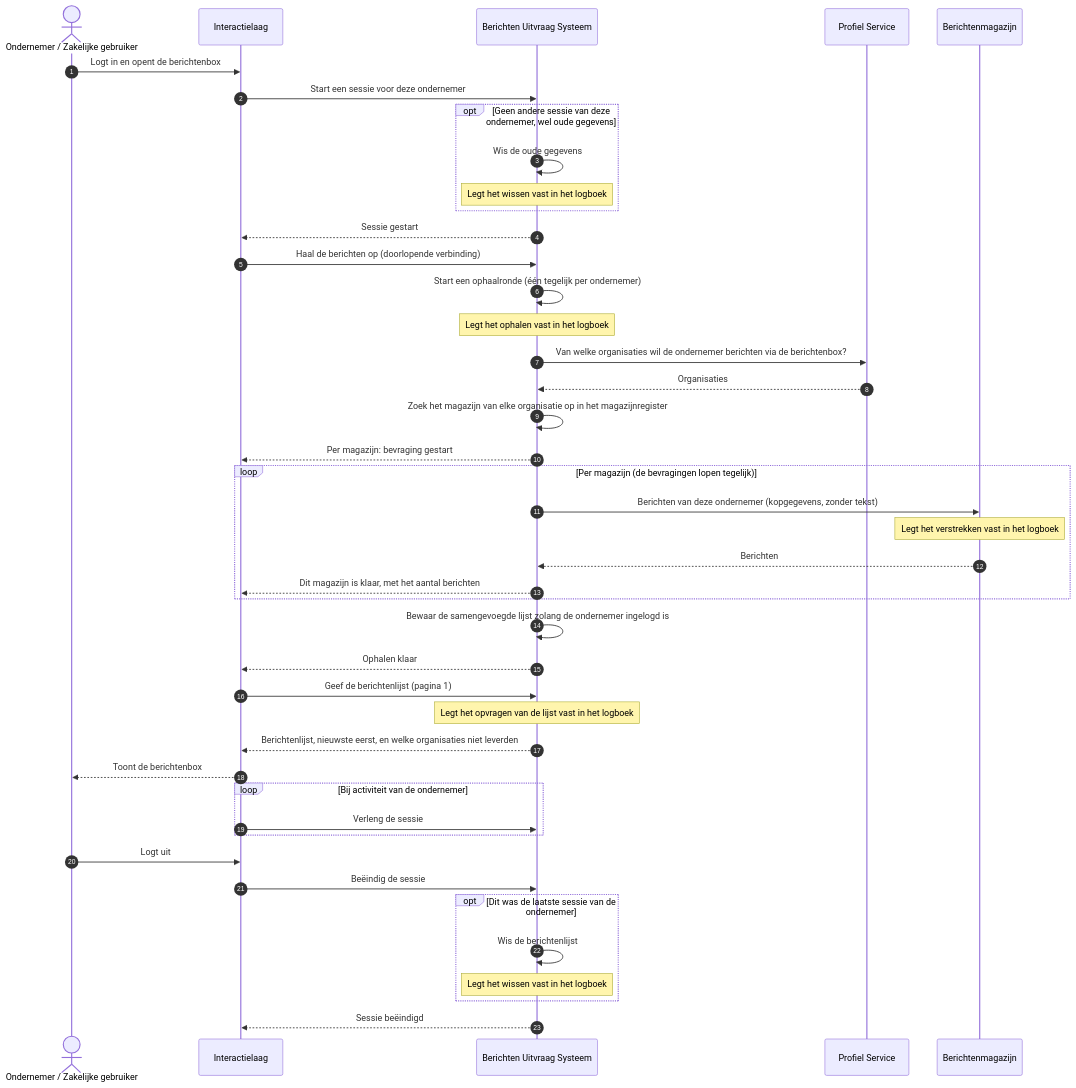
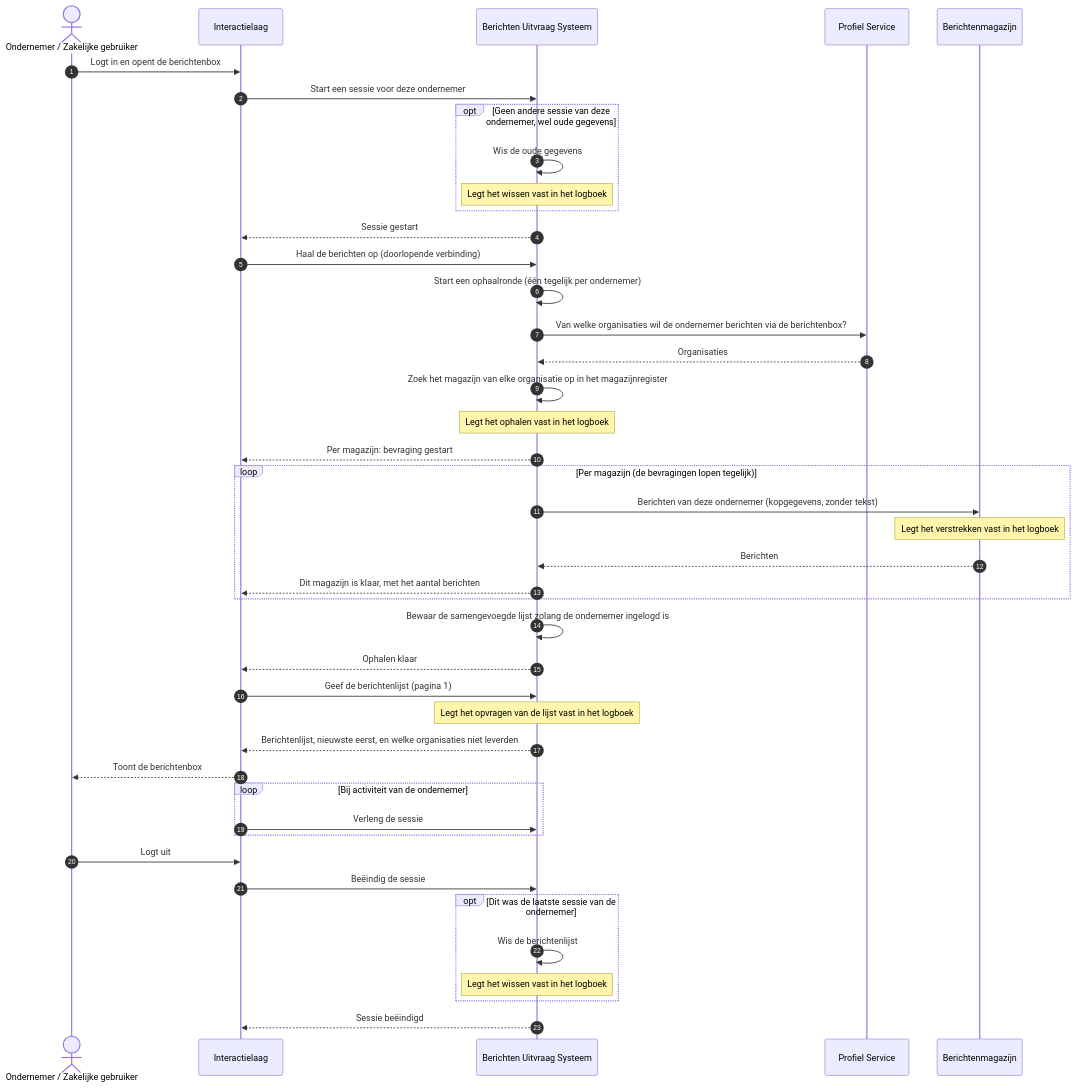
The diagram in docs/architecture/workspace-docs/06-uc2-berichtenbox-openen.md (MinBZK/moza-poc-fbs-berichtenbox), drawn with Mermaid before and after one commit. The commit also changed other lines of this file and 10 other files, not shown here.

First line of the commit message:
fix: reviewronde 4, guard op een strikte deelverzameling van Mermaid

````diff
--- a/docs/architecture/workspace-docs/06-uc2-berichtenbox-openen.md
+++ b/docs/architecture/workspace-docs/06-uc2-berichtenbox-openen.md
@@ -34,49 +34,49 @@
 ```mermaid
 sequenceDiagram
     autonumber
     actor OND as Ondernemer / Zakelijke gebruiker
     participant IL as Interactielaag
     participant FBS as Berichten Uitvraag Systeem
     participant PRO as Profiel Service
     participant MAG as Berichtenmagazijn
 
     OND->>IL: Logt in en opent de berichtenbox
     IL->>FBS: Start een sessie voor deze ondernemer
     opt Geen andere sessie van deze ondernemer, wel oude gegevens
         FBS->>FBS: Wis de oude gegevens
         Note over FBS: Legt het wissen vast in het logboek
     end
     FBS-->>IL: Sessie gestart
 
     IL->>FBS: Haal de berichten op (doorlopende verbinding)
     FBS->>FBS: Start een ophaalronde (één tegelijk per ondernemer)
-    Note over FBS: Legt het ophalen vast in het logboek
     FBS->>PRO: Van welke organisaties wil de ondernemer berichten via de berichtenbox?
     PRO-->>FBS: Organisaties
     FBS->>FBS: Zoek het magazijn van elke organisatie op in het magazijnregister
+    Note over FBS: Legt het ophalen vast in het logboek
     FBS-->>IL: Per magazijn: bevraging gestart
     loop Per magazijn (de bevragingen lopen tegelijk)
         FBS->>MAG: Berichten van deze ondernemer (kopgegevens, zonder tekst)
         Note over MAG: Legt het verstrekken vast in het logboek
         MAG-->>FBS: Berichten
         FBS-->>IL: Dit magazijn is klaar, met het aantal berichten
     end
     FBS->>FBS: Bewaar de samengevoegde lijst zolang de ondernemer ingelogd is
     FBS-->>IL: Ophalen klaar
 
     IL->>FBS: Geef de berichtenlijst (pagina 1)
     Note over FBS: Legt het opvragen van de lijst vast in het logboek
     FBS-->>IL: Berichtenlijst, nieuwste eerst, en welke organisaties niet leverden
     IL-->>OND: Toont de berichtenbox
 
     loop Bij activiteit van de ondernemer
         IL->>FBS: Verleng de sessie
     end
     OND->>IL: Logt uit
     IL->>FBS: Beëindig de sessie
     opt Dit was de laatste sessie van de ondernemer
         FBS->>FBS: Wis de berichtenlijst
         Note over FBS: Legt het wissen vast in het logboek
     end
     FBS-->>IL: Sessie beëindigd
 ```
````
